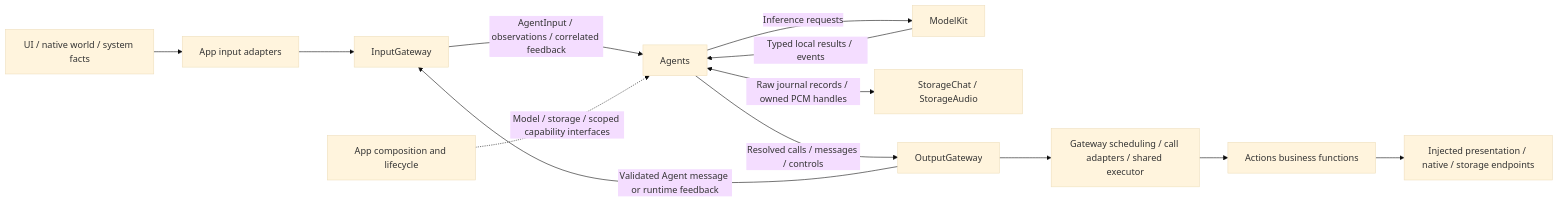
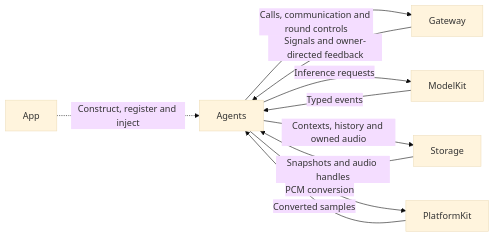
Before and after one commit to devilyouwei/MobileHarness: the first of 3 diagrams in MobileHarness/Agents/README.md, drawn with Mermaid (base theme). The commit also changed other lines of this file and 116 other files, not shown here.

````diff
--- a/MobileHarness/Agents/README.md
+++ b/MobileHarness/Agents/README.md
@@ -26,15 +15,12 @@
 ```mermaid
 flowchart LR
-    External[UI / native world / system facts] --> Adapter[App input adapters]
-    Adapter --> Input[InputGateway]
-    Input -->|AgentInput / observations / correlated feedback| Agents
-    App[App composition and lifecycle] -.->|Model / storage / scoped capability interfaces| Agents
-    Agents -->|Inference requests| ModelKit
-    ModelKit -->|Typed local results / events| Agents
-    Agents <-->|Raw journal records / owned PCM handles| Storage[StorageChat / StorageAudio]
-    Agents -->|Resolved calls / messages / controls| Output[OutputGateway]
-    Output -->|Validated Agent message or runtime feedback| Input
-    Output --> Runtime[Gateway scheduling / call adapters / shared executor]
-    Runtime --> Functions[Actions business functions]
-    Functions --> Effects[Injected presentation / native / storage endpoints]
+ App -.->|Construct, register and inject| Agents
+ Gateway -->|Signals and owner-directed feedback| Agents
+ Agents -->|Calls, communication and round controls| Gateway
+ Agents -->|Inference requests| ModelKit
+ ModelKit -->|Typed events| Agents
+ Agents -->|Contexts, history and owned audio| Storage
+ Storage -->|Snapshots and audio handles| Agents
+ Agents -->|PCM conversion| PlatformKit
+ PlatformKit -->|Converted samples| Agents
 ```
````
